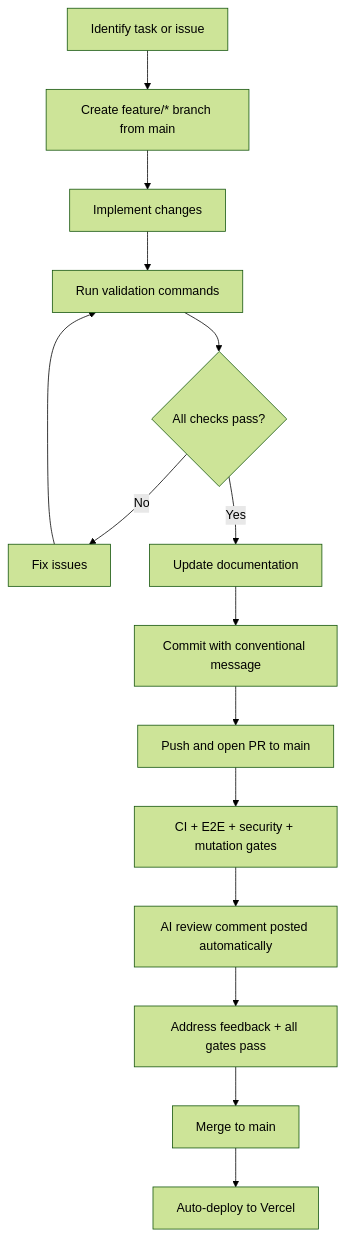
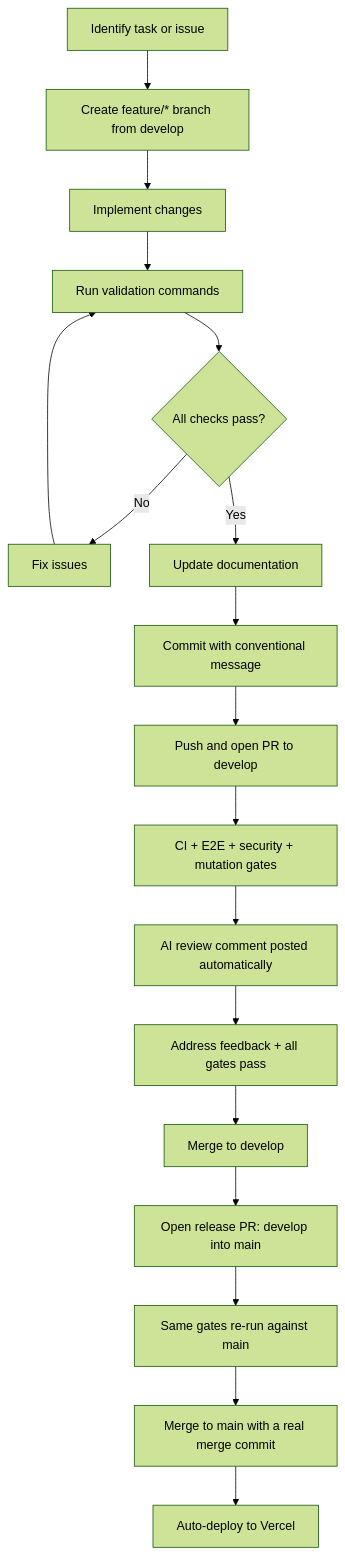
Before and after one commit to Oweeboi011/Fit-Ready-IQ: the first of 5 diagrams in docs/wiki/CONTRIBUTING.md, drawn with Mermaid (forest theme). The commit also changed other lines of this file and 11 other files, not shown here.

First line of the commit message:
docs: fix stale paths, branch flow, versions, and structural bugs

````diff
--- a/docs/wiki/CONTRIBUTING.md
+++ b/docs/wiki/CONTRIBUTING.md
@@ -31,17 +31,20 @@
 ```mermaid
 flowchart TD
-    A[Identify task or issue] --> B[Create feature/* branch from main]
+    A[Identify task or issue] --> B[Create feature/* branch from develop]
     B --> C[Implement changes]
     C --> D[Run validation commands]
     D --> E{All checks pass?}
     E -->|No| F[Fix issues]
     F --> D
     E -->|Yes| G[Update documentation]
     G --> H[Commit with conventional message]
-    H --> I[Push and open PR to main]
+    H --> I[Push and open PR to develop]
     I --> J[CI + E2E + security + mutation gates]
     J --> K[AI review comment posted automatically]
     K --> L[Address feedback + all gates pass]
-    L --> M[Merge to main]
-    M --> N[Auto-deploy to Vercel]
+    L --> M[Merge to develop]
+    M --> O[Open release PR: develop into main]
+    O --> P[Same gates re-run against main]
+    P --> Q[Merge to main with a real merge commit]
+    Q --> N[Auto-deploy to Vercel]
 ```
````
